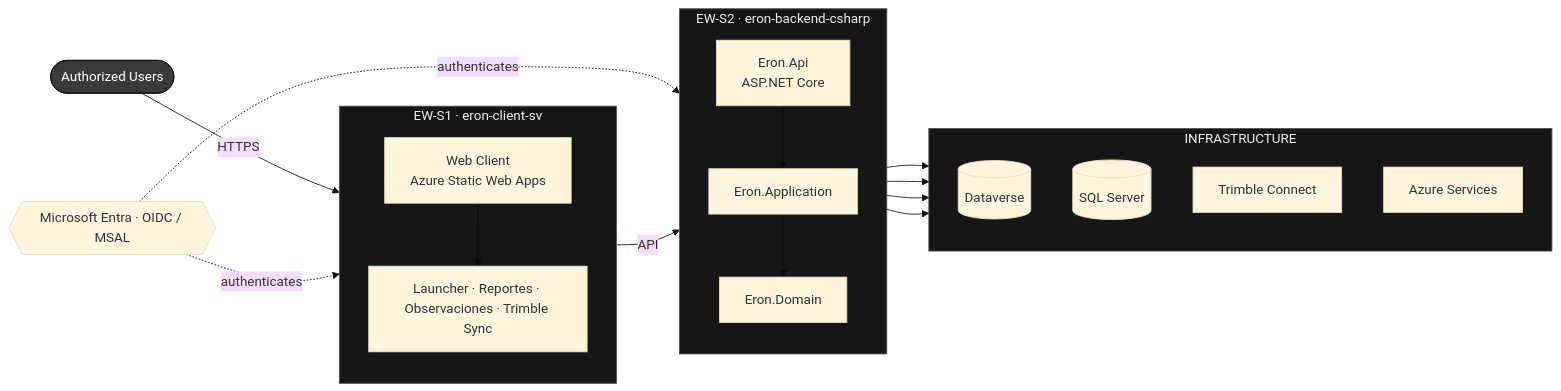
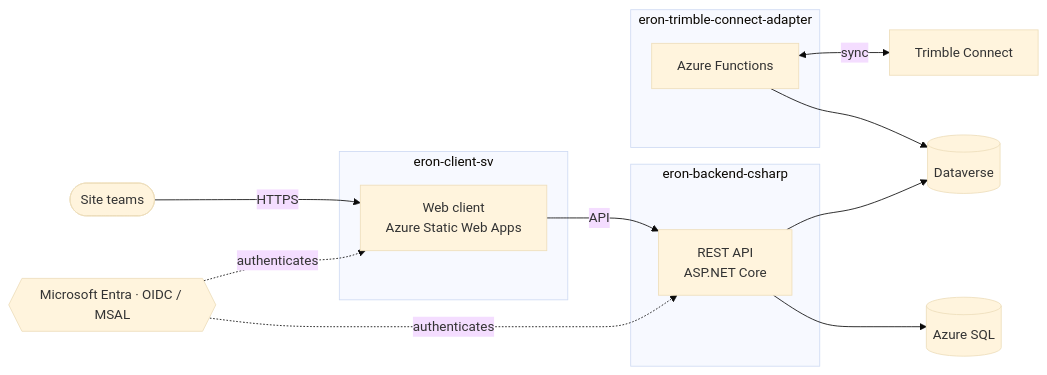
The diagram in profile/README.md (Eron-World/.github), drawn with Mermaid (base theme) before and after one commit. The commit also changed other lines of this file and 1 other file, not shown here.

````diff
--- a/profile/README.md
+++ b/profile/README.md
@@ -138,40 +76,29 @@
 ```mermaid
 flowchart LR
-    users(["Authorized Users"]):::ext
+    users(["Site teams"])
 
-    subgraph S1["EW-S1 · eron-client-sv"]
-        direction TB
-        swa["Web Client<br/>Azure Static Web Apps"]
-        surf["Launcher · Reportes · Observaciones · Trimble Sync"]
-        swa --> surf
+    subgraph client["eron-client-sv"]
+        web["Web client<br/>Azure Static Web Apps"]
     end
 
-    subgraph S2["EW-S2 · eron-backend-csharp"]
-        direction TB
-        api["Eron.Api<br/>ASP.NET Core"]
-        app["Eron.Application"]
-        dom["Eron.Domain"]
-        api --> app --> dom
+    subgraph backend["eron-backend-csharp"]
+        api["REST API<br/>ASP.NET Core"]
     end
 
-    subgraph INFRA["INFRASTRUCTURE"]
-        direction TB
-        dv[("Dataverse")]
-        sql[("SQL Server")]
-        tc["Trimble Connect"]
-        az["Azure Services"]
+    subgraph sync["eron-trimble-connect-adapter"]
+        fn["Azure Functions"]
     end
 
-    idp{{"Microsoft Entra · OIDC / MSAL"}}
+    entra{{"Microsoft Entra · OIDC / MSAL"}}
+    dv[("Dataverse")]
+    sql[("Azure SQL")]
+    tc["Trimble Connect"]
 
-    users -->|HTTPS| swa
-    surf -->|API| api
-    app --> dv & sql & tc & az
-    idp -. authenticates .-> swa
-    idp -. authenticates .-> api
-
-    classDef ext fill:#3a3a3a,stroke:#111,color:#fff;
-    style S1 fill:#161616,stroke:#555,color:#eee
-    style S2 fill:#161616,stroke:#555,color:#eee
-    style INFRA fill:#161616,stroke:#555,color:#eee
+    users -->|HTTPS| web
+    web -->|API| api
+    api --> dv & sql
+    fn <-->|sync| tc
+    fn --> dv
+    entra -. authenticates .-> web
+    entra -. authenticates .-> api
 ```
````
